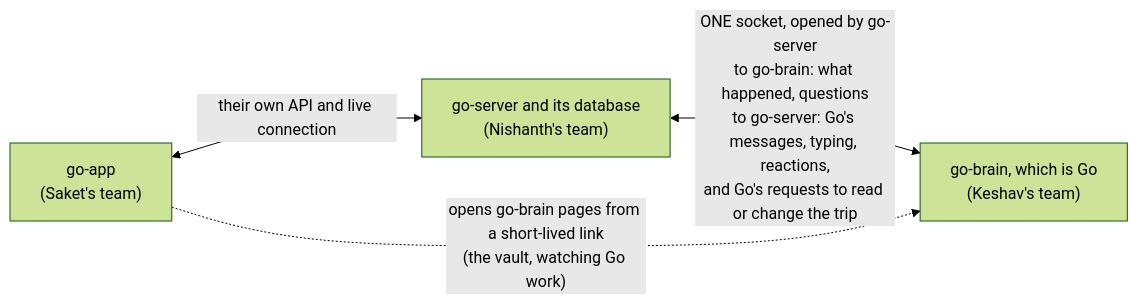
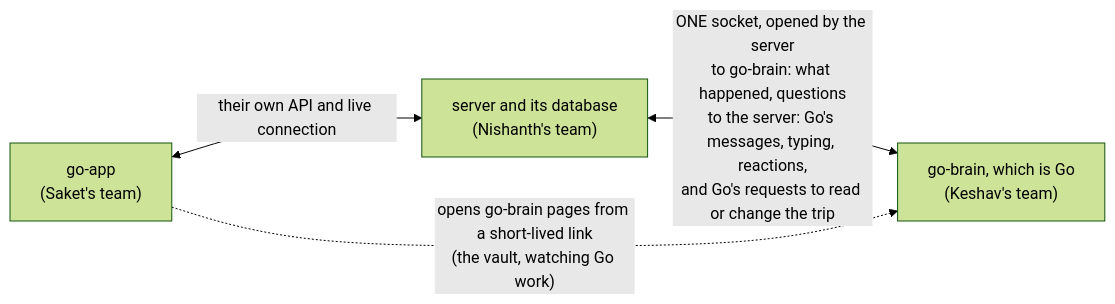
One commit to vestra-ai/go-brain changed the diagram in docs/guide/README.md. Above: the diagram before and after it, drawn with Mermaid (forest theme). The commit also changed other lines of this file and 35 other files, not shown here.

````diff
--- a/docs/guide/README.md
+++ b/docs/guide/README.md
@@ -23,6 +23,6 @@
 ```mermaid
 flowchart LR
-  app["go-app<br/>(Saket's team)"] <-- "their own API and live connection" --> server["go-server and its database<br/>(Nishanth's team)"]
-  server <-- "ONE socket, opened by go-server<br/>to go-brain: what happened, questions<br/>to go-server: Go's messages, typing, reactions,<br/>and Go's requests to read or change the trip" --> brain["go-brain, which is Go<br/>(Keshav's team)"]
+  app["go-app<br/>(Saket's team)"] <-- "their own API and live connection" --> server["server and its database<br/>(Nishanth's team)"]
+  server <-- "ONE socket, opened by the server<br/>to go-brain: what happened, questions<br/>to the server: Go's messages, typing, reactions,<br/>and Go's requests to read or change the trip" --> brain["go-brain, which is Go<br/>(Keshav's team)"]
   app -. "opens go-brain pages from a short-lived link<br/>(the vault, watching Go work)" .-> brain
 ```
````
